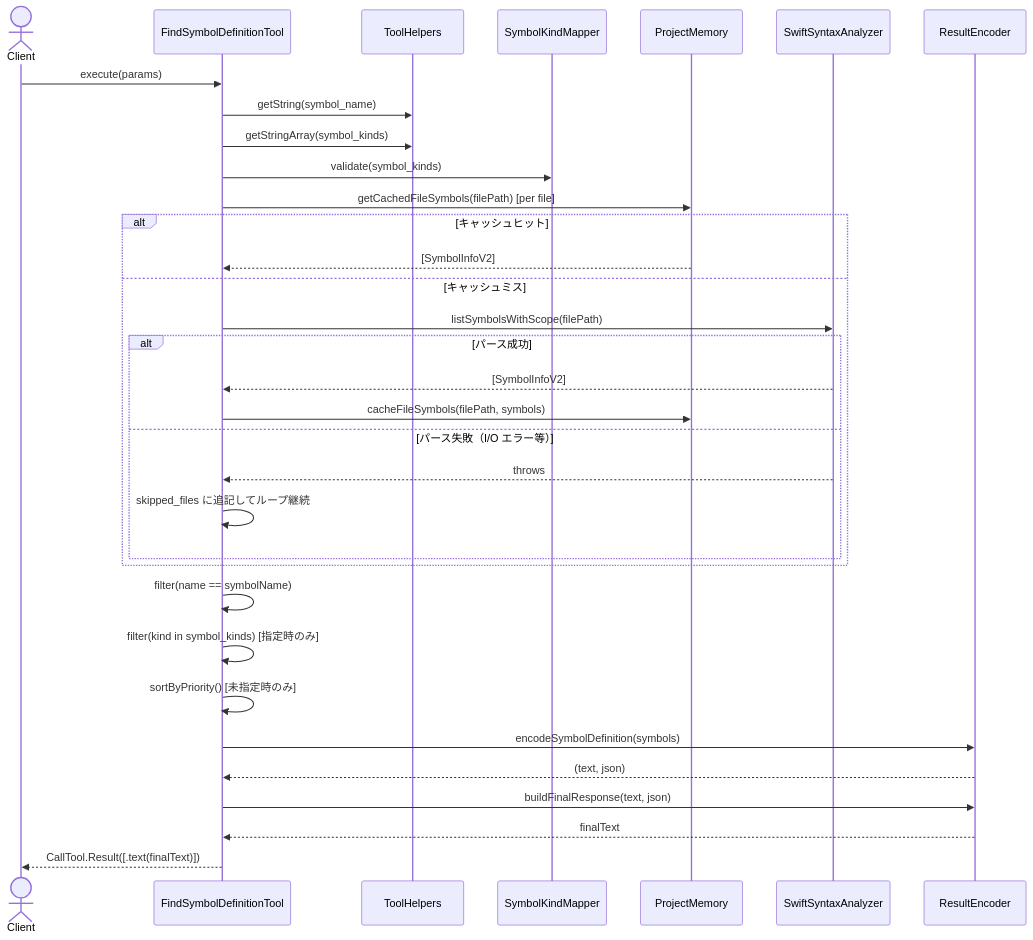
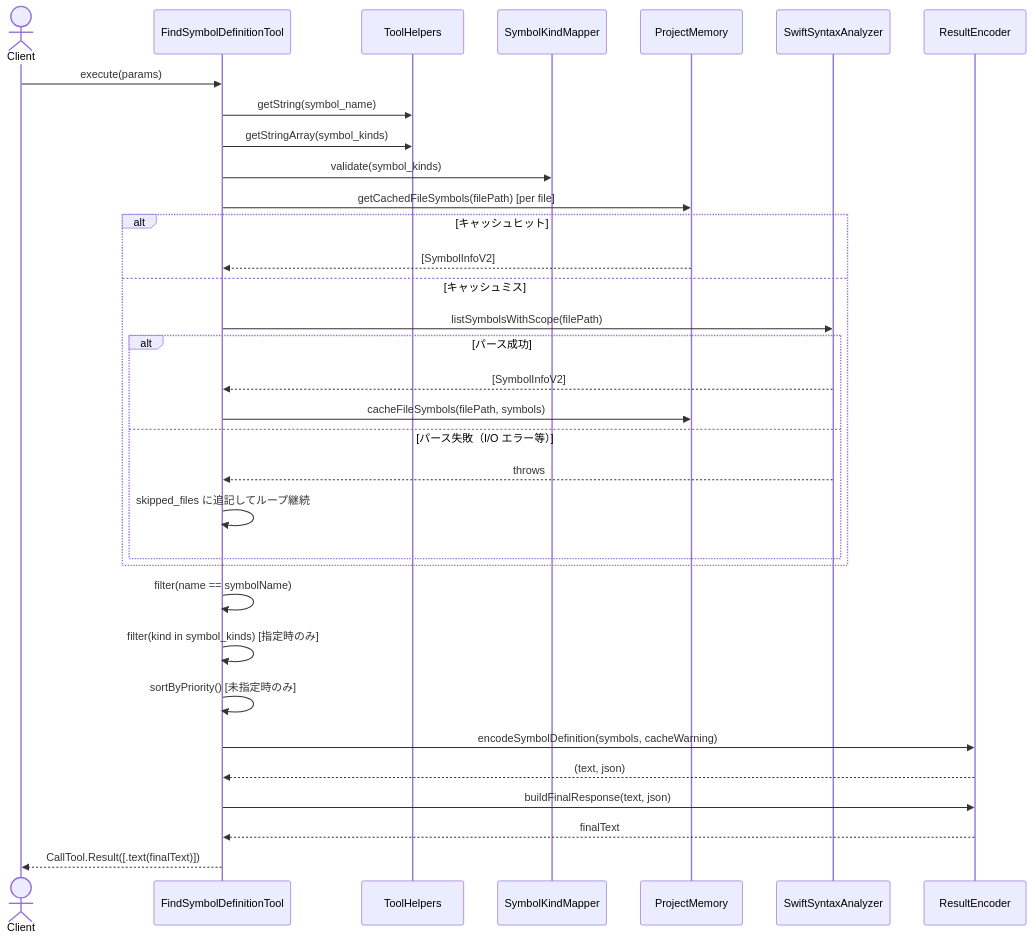
The fourth of 4 diagrams in project/improve/design/DES-104_search_symbol_tools_enhancement_design.md (BlueEventHorizon/Swift-Selena), drawn with Mermaid before and after one commit. The commit also changed other lines of this file and 2 other files, not shown here.

````diff
--- a/project/improve/design/DES-104_search_symbol_tools_enhancement_design.md
+++ b/project/improve/design/DES-104_search_symbol_tools_enhancement_design.md
@@ -844,36 +515,36 @@
 ```mermaid
 sequenceDiagram
     actor Client
     participant FSDT as FindSymbolDefinitionTool
     participant TH as ToolHelpers
     participant SKM as SymbolKindMapper
     participant PM as ProjectMemory
     participant SSA as SwiftSyntaxAnalyzer
     participant RE as ResultEncoder
 
     Client->>FSDT: execute(params)
     FSDT->>TH: getString(symbol_name)
     FSDT->>TH: getStringArray(symbol_kinds)
     FSDT->>SKM: validate(symbol_kinds)
     FSDT->>PM: getCachedFileSymbols(filePath) [per file]
     alt キャッシュヒット
         PM-->>FSDT: [SymbolInfoV2]
     else キャッシュミス
         FSDT->>SSA: listSymbolsWithScope(filePath)
         alt パース成功
             SSA-->>FSDT: [SymbolInfoV2]
             FSDT->>PM: cacheFileSymbols(filePath, symbols)
         else パース失敗（I/O エラー等）
             SSA-->>FSDT: throws
             FSDT->>FSDT: skipped_files に追記してループ継続
-        End
+        end
     end
     FSDT->>FSDT: filter(name == symbolName)
     FSDT->>FSDT: filter(kind in symbol_kinds) [指定時のみ]
     FSDT->>FSDT: sortByPriority() [未指定時のみ]
-    FSDT->>RE: encodeSymbolDefinition(symbols)
+    FSDT->>RE: encodeSymbolDefinition(symbols, cacheWarning)
     RE-->>FSDT: (text, json)
     FSDT->>RE: buildFinalResponse(text, json)
     RE-->>FSDT: finalText
     FSDT-->>Client: CallTool.Result([.text(finalText)])
 ```
````
